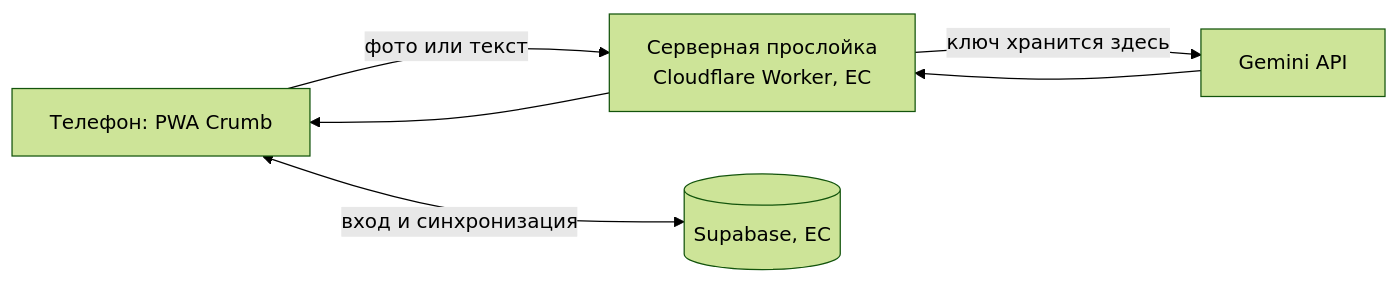
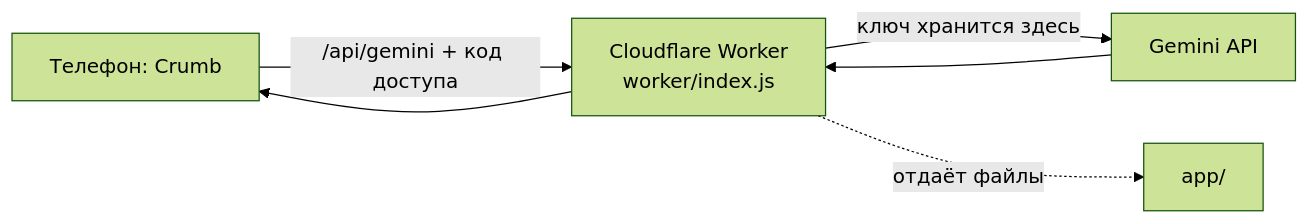
The diagram in docs/GEMINI.md (webnetdsgn/crumb), drawn with Mermaid (forest theme) before and after one commit. The commit also changed other lines of this file and 10 other files, not shown here.

First line of the commit message:
Add Gemini proxy (Cloudflare Worker), app client, PWA manifest and free setup guide

````diff
--- a/docs/GEMINI.md
+++ b/docs/GEMINI.md
@@ -5,7 +7,7 @@
 ```mermaid
 flowchart LR
-  P[Телефон: PWA Crumb] -->|фото или текст| W[Серверная прослойка<br/>Cloudflare Worker, ЕС]
+  P[Телефон: Crumb] -->|"/api/gemini + код доступа"| W[Cloudflare Worker<br/>worker/index.js]
   W -->|ключ хранится здесь| G[Gemini API]
   G --> W --> P
-  P <-->|вход и синхронизация| S[(Supabase, ЕС)]
+  W -.->|отдаёт файлы| A[app/]
 ```
````
